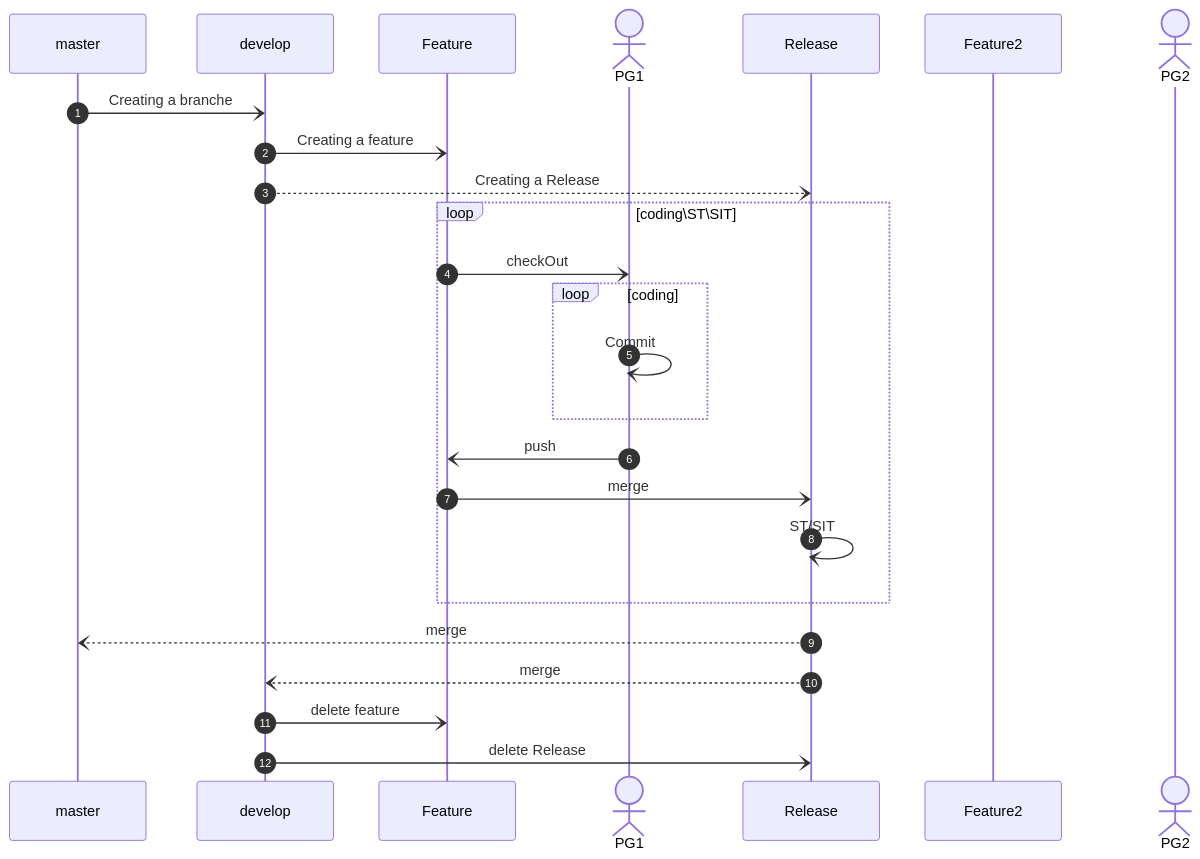
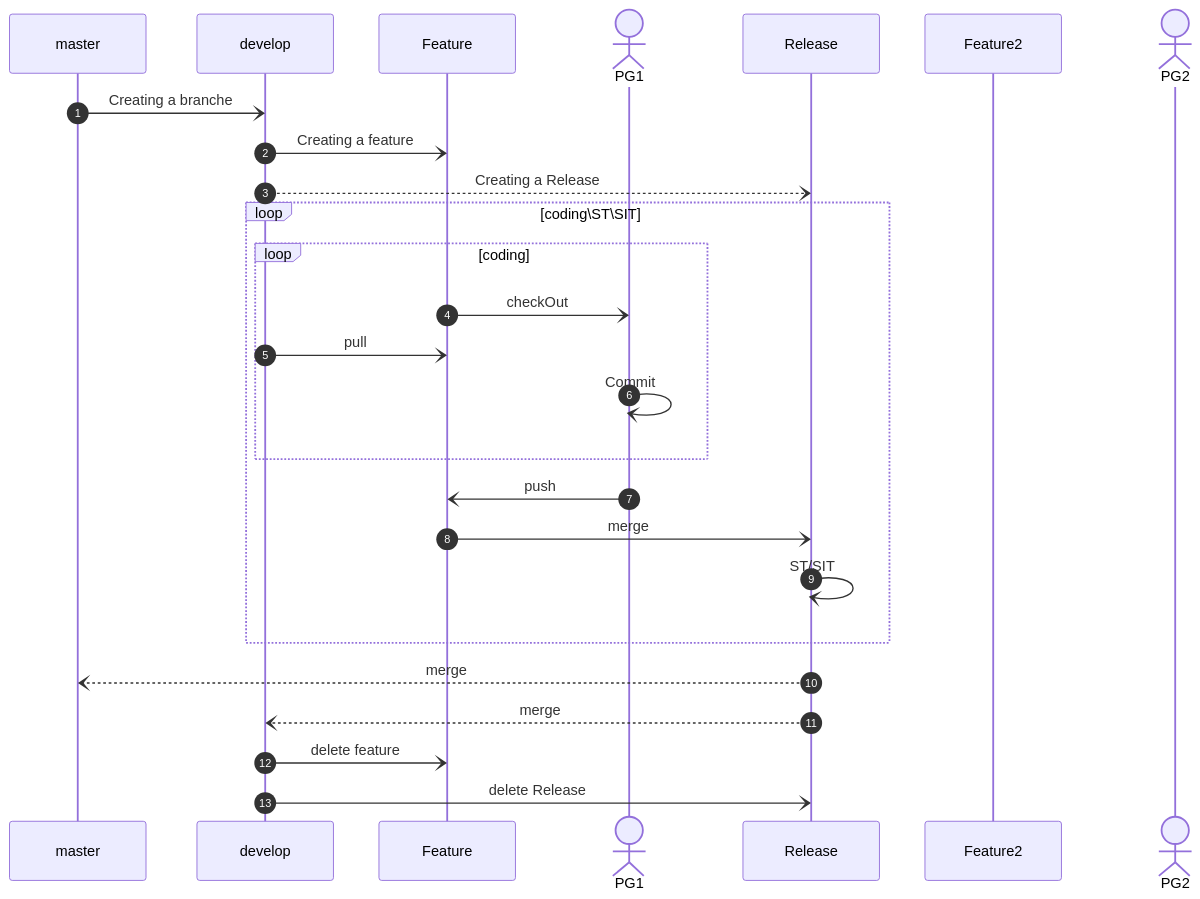
One commit to robbin0919/GITLAB changed the diagram in branching-strategy/A_successful_Git_branching_model1.md. Above: the diagram before and after it, drawn with Mermaid. The commit also changed 1 other file, not shown here.

Commit message:
加入Pull時機

````diff
--- a/branching-strategy/A_successful_Git_branching_model1.md
+++ b/branching-strategy/A_successful_Git_branching_model1.md
@@ -4,31 +4,32 @@
 ```mermaid
 
  sequenceDiagram
     autonumber
     participant  master
     participant  develop
     participant  Feature
     actor PG1
     participant  Release
     participant  Feature2
     actor PG2
 
     master -) develop:Creating a branche
 
     develop -)Feature: Creating a feature  
     develop--)Release: Creating a Release
     loop coding\ST\SIT
-    Feature -)PG1: checkOut
-    loop coding
-    PG1 -)PG1: Commit
-    end
-    PG1 -) Feature:push 
-    Feature -)Release: merge
+        loop coding
+          Feature -)PG1: checkOut
+          develop -)Feature: pull         
+          PG1 -)PG1: Commit
+        end
+        PG1 -) Feature:push 
+        Feature -)Release: merge
 
-    Release-)Release: ST/SIT  
+        Release-)Release: ST/SIT  
     end     
     Release --)master: merge 
     Release --)develop : merge 
     develop -)Feature: delete feature  
     develop -)Release: delete Release  
 ```
````
